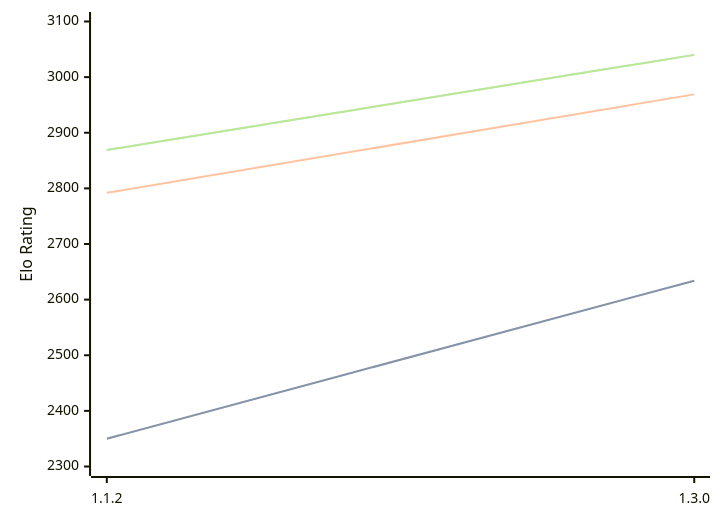
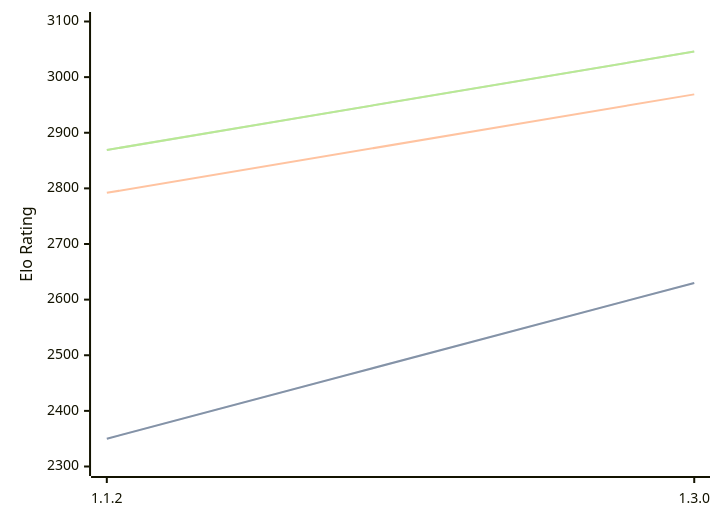
Before and after one commit to computer-chess-index/cci: the diagram in engines/Ember.md, drawn with Mermaid. The commit also changed other lines of this file, not shown here.

Commit message:
Update CCI Ratings (ELO VLTC) - 2026-09-17

````diff
--- a/engines/Ember.md
+++ b/engines/Ember.md
@@ -41,11 +41,11 @@
 ```mermaid
 %%{init: {"theme":"base","themeVariables":{"seriesColors:['#a3a3a3','#222221','#faa371']}}}%%
 xychart-beta
   x-axis ["1.1.2", "1.3.0"]
   y-axis "Elo Rating" 2300 --> 3100
-  line "" [2350, 2634]
-  line "STC (8.0+0.08s)" [2350, 2634]
+  line "" [2350, 2630]
+  line "STC (8.0+0.08s)" [2350, 2630]
   line "LTC (60.0+0.60s)" [2792, 2969]
-  line "" [2869, 3040]
-  line "VLTC (2m24s+1.12s)" [2869, 3040]
+  line "" [2869, 3046]
+  line "VLTC (2m24s+1.12s)" [2869, 3046]
 ```
````
